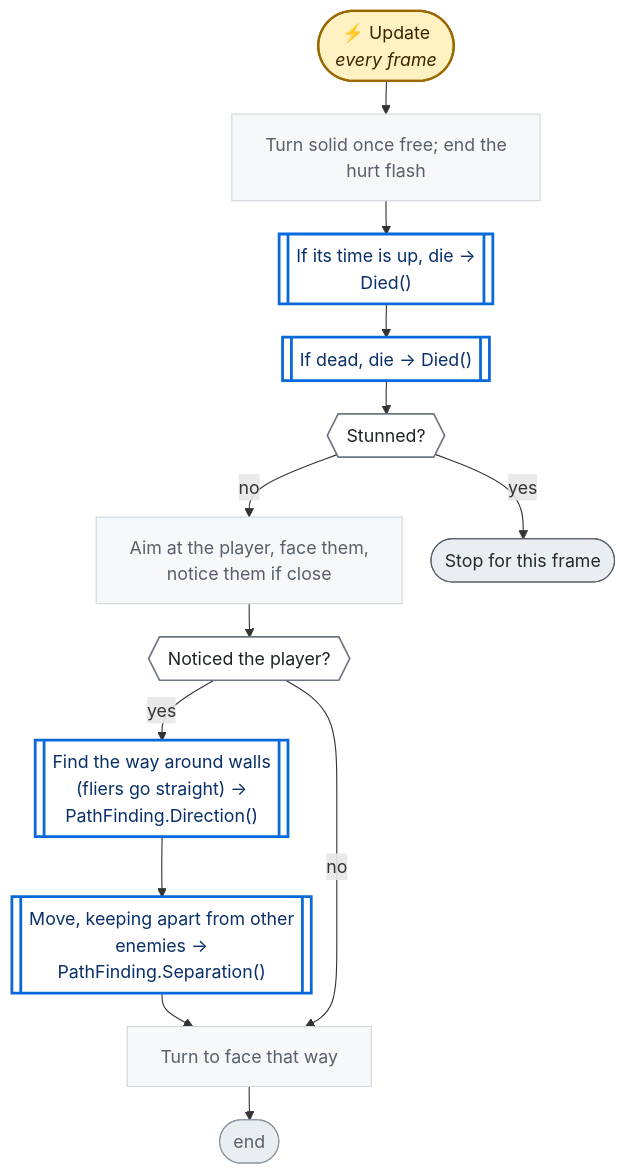
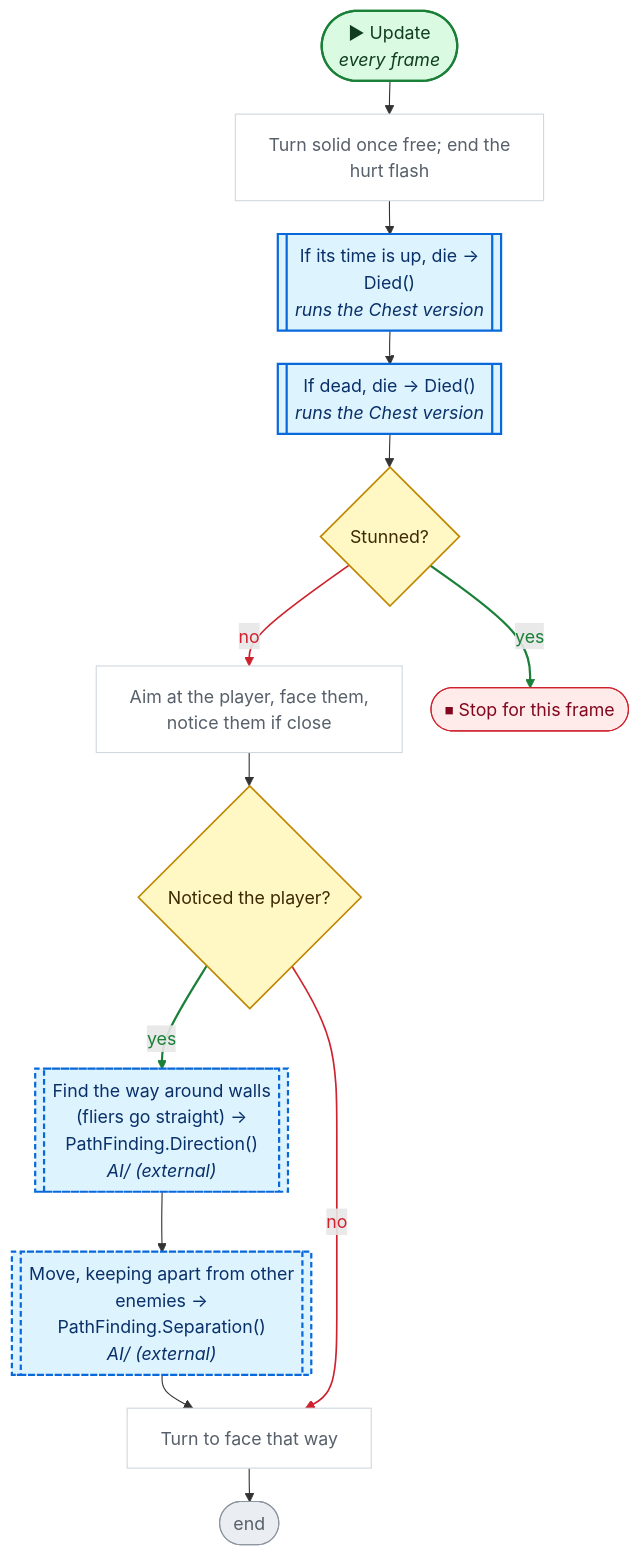
One commit to nataiai/Lord-of-the-Dungeon changed the second of 7 diagrams in CodeGraph~/graph/Enemy.cs.md. Above: the diagram before and after it, drawn with Mermaid. The commit also changed other lines of this file and 44 other files, not shown here.

````diff
--- a/CodeGraph~/graph/Enemy.cs.md
+++ b/CodeGraph~/graph/Enemy.cs.md
@@ -77,50 +77,59 @@
 ```mermaid
 ---
 config:
   flowchart:
     wrappingWidth: 260
     nodeSpacing: 26
     rankSpacing: 30
 ---
 flowchart TD
-  nS(["⚡ Update<br><i>every frame</i>"])
+  nS(["▶ Update<br><i>every frame</i>"])
   nd92fc0["Turn solid once free; end the<br>hurt flash"]
-  n5dc508[["If its time is up, die →<br>Died()"]]
-  na64b22[["If dead, die → Died()"]]
-  nf2b12c{{"Stunned?"}}
+  n5dc508[["If its time is up, die →<br>Died()<br><i>runs the Chest version</i>"]]
+  na64b22[["If dead, die → Died()<br><i>runs the Chest version</i>"]]
+  nf2b12c{"Stunned?"}
   n44ab9d["Aim at the player, face them,<br>notice them if close"]
-  n5a53b0{{"Noticed the player?"}}
-  n96b99c[["Find the way around walls<br>(fliers go straight) →<br>PathFinding.Direction()"]]
-  n37145c[["Move, keeping apart from other<br>enemies →<br>PathFinding.Separation()"]]
+  n5a53b0{"Noticed the player?"}
+  n96b99c[["Find the way around walls<br>(fliers go straight) →<br>PathFinding.Direction()<br><i>AI/ (external)</i>"]]
+  n37145c[["Move, keeping apart from other<br>enemies →<br>PathFinding.Separation()<br><i>AI/ (external)</i>"]]
   n627e46["Turn to face that way"]
   nE(["end"])
-  nb2e4fc(["Stop for this frame"])
+  nb2e4fc(["⏹ Stop for this frame"])
   nS --> nd92fc0
   nd92fc0 --> n5dc508
   n5dc508 --> na64b22
   na64b22 --> nf2b12c
   nf2b12c -->|no| n44ab9d
   nf2b12c -->|yes| nb2e4fc
   n44ab9d --> n5a53b0
   n5a53b0 -->|yes| n96b99c
   n96b99c --> n37145c
   n37145c --> n627e46
   n5a53b0 -->|no| n627e46
   n627e46 --> nE
-  classDef unity fill:#fff1c2,stroke:#9a6700,stroke-width:2px,color:#3b2300
-  classDef start fill:#ddf4ff,stroke:#0969da,stroke-width:2px,color:#0a3069
-  classDef calc fill:#f6f8fa,stroke:#d0d7de,color:#57606a
-  classDef calls fill:#ffffff,stroke:#0969da,stroke-width:2.5px,color:#0a3069
-  classDef cond fill:#ffffff,stroke:#6e7781,stroke-width:1.5px,color:#1f2328
-  classDef loop fill:#fbefff,stroke:#8250df,color:#3e1f79
-  classDef exit fill:#eaeef2,stroke:#57606a,color:#24292f
-  classDef wait fill:#fff8f0,stroke:#bc4c00,color:#4d1d00
+  linkStyle 4 stroke:#cf222e,stroke-width:1.5px,color:#cf222e
+  linkStyle 5 stroke:#1a7f37,stroke-width:2px,color:#1a7f37
+  linkStyle 7 stroke:#1a7f37,stroke-width:2px,color:#1a7f37
+  linkStyle 10 stroke:#cf222e,stroke-width:1.5px,color:#cf222e
+  classDef unity fill:#dafbe1,stroke:#1a7f37,stroke-width:2px,color:#0f3d1d
+  classDef start fill:#dafbe1,stroke:#1a7f37,stroke-width:2px,color:#0f3d1d
+  classDef calc fill:#ffffff,stroke:#d0d7de,color:#57606a
+  classDef calls fill:#ddf4ff,stroke:#0969da,stroke-width:2px,color:#0a3069
+  classDef ext fill:#ddf4ff,stroke:#0969da,stroke-width:2px,stroke-dasharray:5 3,color:#0a3069
+  classDef cond fill:#fff8c5,stroke:#bf8700,stroke-width:1.5px,color:#3d2a00
+  classDef loop fill:#f6f8fa,stroke:#57606a,color:#1f2328
+  classDef exit fill:#ffebe9,stroke:#cf222e,color:#82071e
+  classDef kill fill:#ffebe9,stroke:#cf222e,stroke-width:2px,color:#82071e
+  classDef spawn fill:#dafbe1,stroke:#1a7f37,stroke-width:2px,color:#0f3d1d
+  classDef wait fill:#fff1e5,stroke:#bc4c00,color:#4d1d00
   classDef fin fill:#eaeef2,stroke:#8c959f,color:#57606a
   classDef join fill:#d0d7de,stroke:#8c959f,color:#57606a
+  classDef ghdr fill:#f5f9ff,stroke:#f5f9ff,color:#0a3069,font-weight:bold
   class nd92fc0,n44ab9d,n627e46 calc
-  class n5dc508,na64b22,n96b99c,n37145c calls
+  class n5dc508,na64b22 calls
   class nf2b12c,n5a53b0 cond
   class nb2e4fc exit
+  class n96b99c,n37145c ext
   class nE fin
   class nS unity
 ```
````
